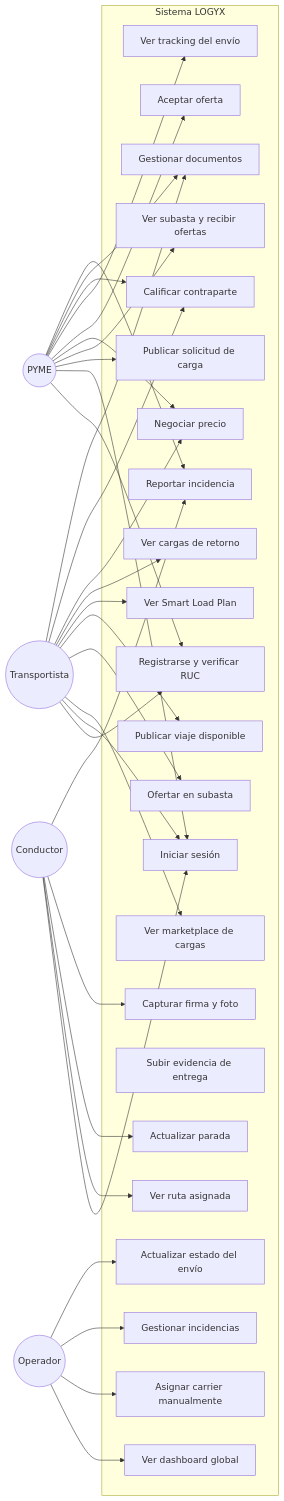
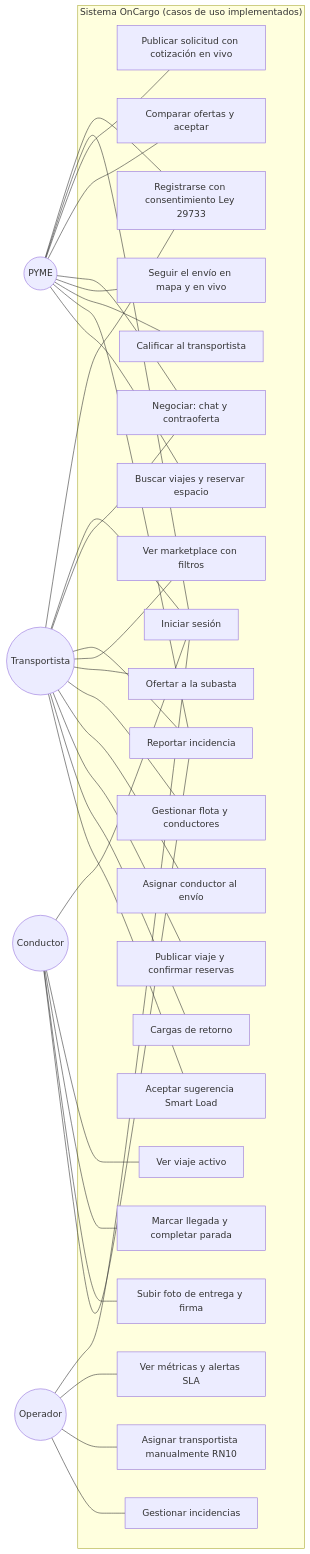
One commit to TheReeds/ProyectoEPE-LOGYX changed the first of 14 diagrams in docs/software/entregable-1/uml.md. Above: the diagram before and after it, drawn with Mermaid. The commit also changed other lines of this file and 99 other files, not shown here.

````diff
--- a/docs/software/entregable-1/uml.md
+++ b/docs/software/entregable-1/uml.md
@@ -14,64 +17,40 @@
 ```mermaid
 graph LR
-  subgraph Sistema LOGYX
-    UC1[Registrarse y verificar RUC]
-    UC2[Iniciar sesión]
-    UC3[Publicar solicitud de carga]
-    UC4[Ver subasta y recibir ofertas]
-    UC5[Negociar precio]
-    UC6[Aceptar oferta]
-    UC7[Ver tracking del envío]
-    UC8[Calificar contraparte]
-    UC9[Gestionar documentos]
-    UC10[Reportar incidencia]
+  PYME((PYME))
+  CAR((Transportista))
+  DRV((Conductor))
+  OPE((Operador))
 
-    UC11[Ver marketplace de cargas]
-    UC12[Ofertar en subasta]
-    UC13[Publicar viaje disponible]
-    UC14[Ver Smart Load Plan]
-    UC15[Ver cargas de retorno]
-    UC16[Actualizar estado del envío]
-    UC17[Subir evidencia de entrega]
+  subgraph OnCargo["Sistema OnCargo (casos de uso implementados)"]
+    A1[Registrarse con consentimiento Ley 29733]
+    A2[Iniciar sesión]
+    A3[Publicar solicitud con cotización en vivo]
+    A4[Comparar ofertas y aceptar]
+    A5[Negociar: chat y contraoferta]
+    A6[Seguir el envío en mapa y en vivo]
+    A7[Calificar al transportista]
+    A8[Reportar incidencia]
+    A9[Buscar viajes y reservar espacio]
 
-    UC18[Ver dashboard global]
-    UC19[Asignar carrier manualmente]
-    UC20[Gestionar incidencias]
+    B1[Ver marketplace con filtros]
+    B2[Ofertar a la subasta]
+    B3[Gestionar flota y conductores]
+    B4[Asignar conductor al envío]
+    B5[Publicar viaje y confirmar reservas]
+    B6[Cargas de retorno]
+    B7[Aceptar sugerencia Smart Load]
 
-    UC21[Ver ruta asignada]
-    UC22[Actualizar parada]
-    UC23[Capturar firma y foto]
+    C1[Ver viaje activo]
+    C2[Marcar llegada y completar parada]
+    C3[Subir foto de entrega y firma]
+
+    D1[Ver métricas y alertas SLA]
+    D2[Asignar transportista manualmente RN10]
+    D3[Gestionar incidencias]
   end
 
-  PYME((PYME)) --> UC1
-  PYME --> UC2
-  PYME --> UC3
-  PYME --> UC4
-  PYME --> UC5
-  PYME --> UC6
-  PYME --> UC7
-  PYME --> UC8
-  PYME --> UC9
-  PYME --> UC10
-
-  Carrier((Transportista)) --> UC1
-  Carrier --> UC2
-  Carrier --> UC11
-  Carrier --> UC12
-  Carrier --> UC13
-  Carrier --> UC14
-  Carrier --> UC15
-  Carrier --> UC5
-  Carrier --> UC8
-  Carrier --> UC9
-
-  Driver((Conductor)) --> UC2
-  Driver --> UC21
-  Driver --> UC22
-  Driver --> UC23
-  Driver --> UC10
-
-  Operator((Operador)) --> UC18
-  Operator --> UC19
-  Operator --> UC20
-  Operator --> UC16
+  PYME --- A1 & A2 & A3 & A4 & A5 & A6 & A7 & A8 & A9
+  CAR --- A1 & A2 & A5 & A8 & B1 & B2 & B3 & B4 & B5 & B6 & B7
+  DRV --- A2 & C1 & C2 & C3 & A8
+  OPE --- A2 & D1 & D2 & D3
 ```
````
